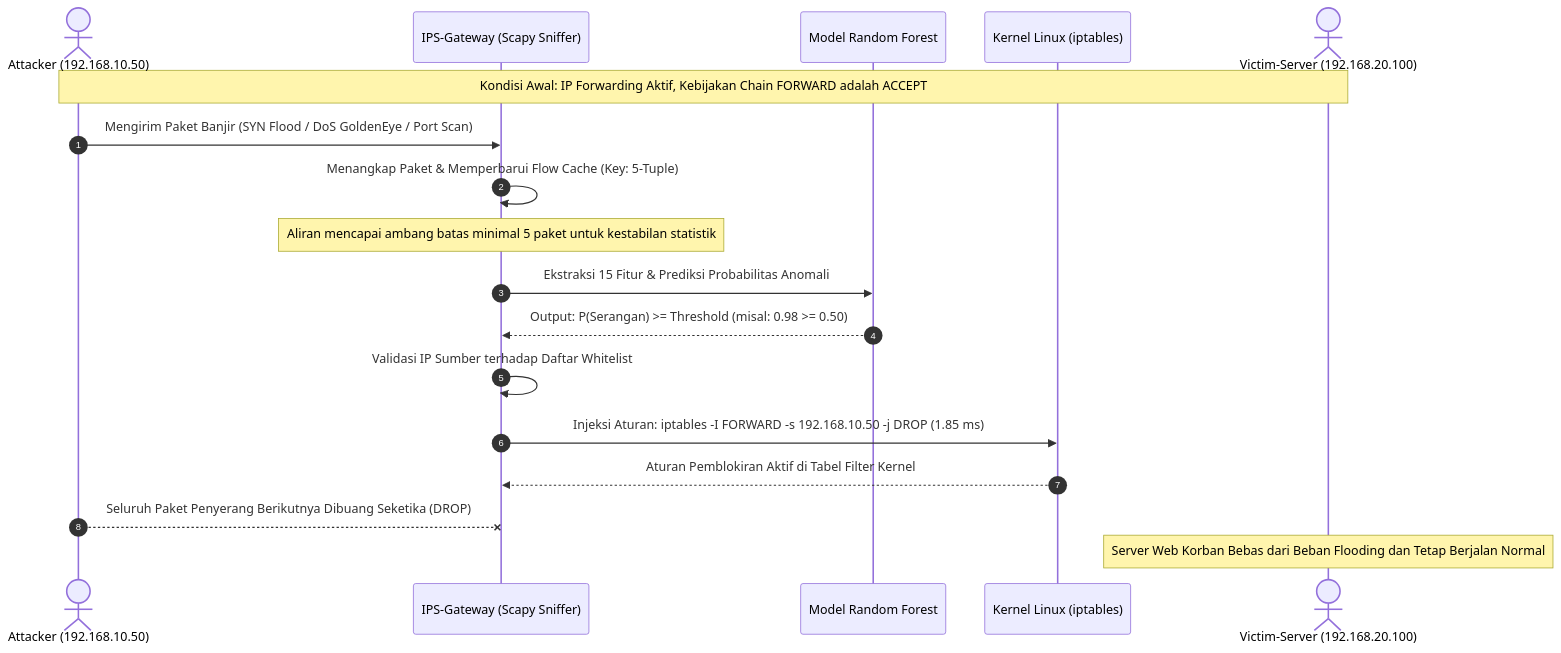
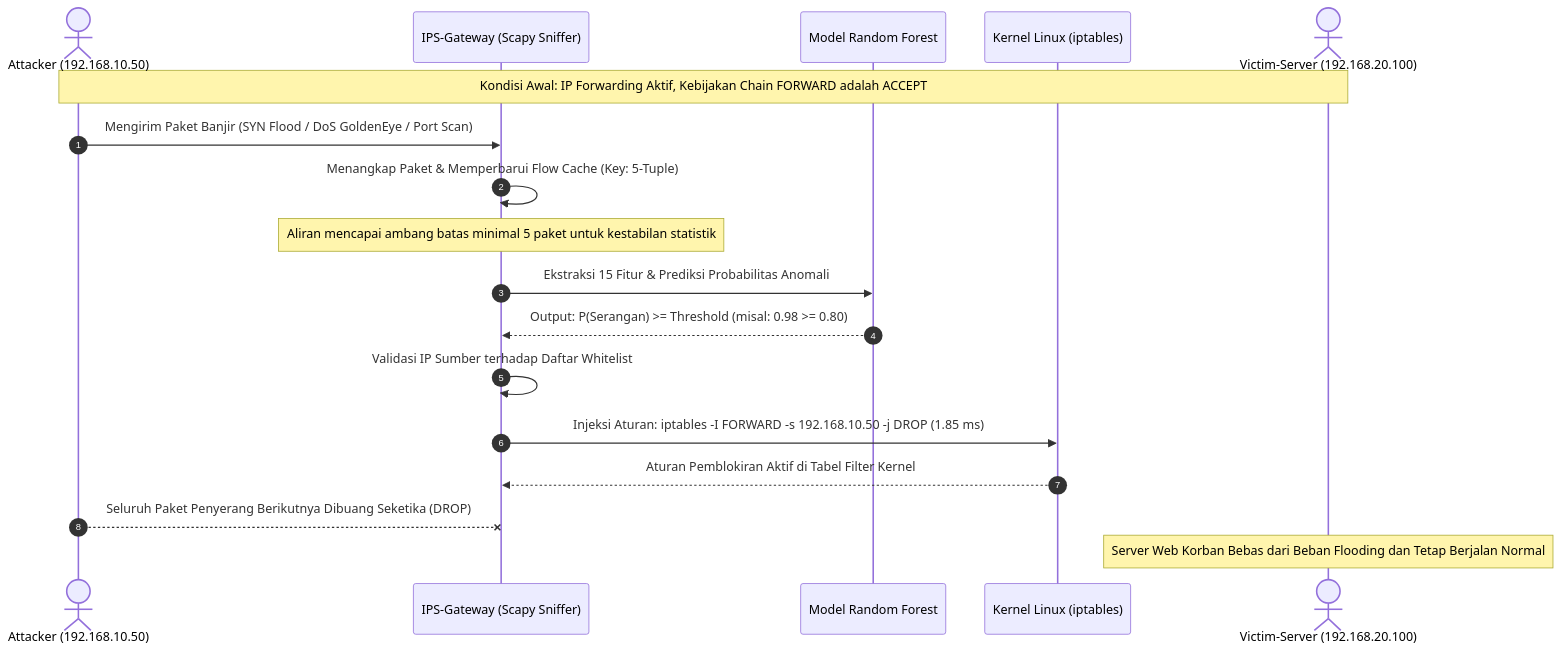
Before and after one commit to BOCIL21/IPS_Machine_Learning_Project: the diagram in README.md, drawn with Mermaid. The commit also changed other lines of this file and 10 other files, not shown here.

````diff
--- a/README.md
+++ b/README.md
@@ -54,21 +51,21 @@
 ```mermaid
 sequenceDiagram
     autonumber
     actor Penyerang as Attacker (192.168.10.50)
     participant Gateway as IPS-Gateway (Scapy Sniffer)
     participant ML as Model Random Forest
     participant Kernel as Kernel Linux (iptables)
     actor Korban as Victim-Server (192.168.20.100)
 
     Note over Penyerang,Korban: Kondisi Awal: IP Forwarding Aktif, Kebijakan Chain FORWARD adalah ACCEPT
     Penyerang->>Gateway: Mengirim Paket Banjir (SYN Flood / DoS GoldenEye / Port Scan)
     Gateway->>Gateway: Menangkap Paket & Memperbarui Flow Cache (Key: 5-Tuple)
     Note over Gateway: Aliran mencapai ambang batas minimal 5 paket untuk kestabilan statistik
     Gateway->>ML: Ekstraksi 15 Fitur & Prediksi Probabilitas Anomali
-    ML-->>Gateway: Output: P(Serangan) >= Threshold (misal: 0.98 >= 0.50)
+    ML-->>Gateway: Output: P(Serangan) >= Threshold (misal: 0.98 >= 0.80)
     Gateway->>Gateway: Validasi IP Sumber terhadap Daftar Whitelist
     Gateway->>Kernel: Injeksi Aturan: iptables -I FORWARD -s 192.168.10.50 -j DROP (1.85 ms)
     Kernel-->>Gateway: Aturan Pemblokiran Aktif di Tabel Filter Kernel
     Penyerang--xGateway: Seluruh Paket Penyerang Berikutnya Dibuang Seketika (DROP)
     Note over Korban: Server Web Korban Bebas dari Beban Flooding dan Tetap Berjalan Normal
 ```
````
